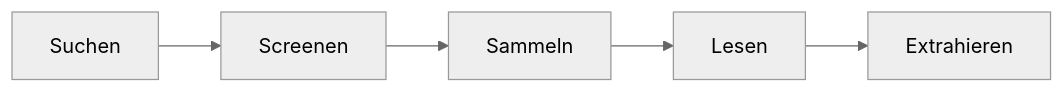
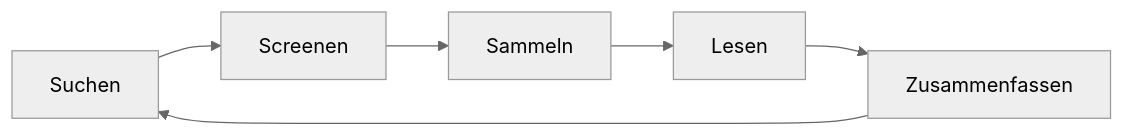
One commit to sebastiansauer/fopra changed the fourth of 7 diagrams in 020-themawahl.qmd. Above: the diagram before and after it, drawn with Mermaid (neutral theme). The commit also changed other lines of this file and 8 other files, not shown here.

````diff
--- a/020-themawahl.qmd
+++ b/020-themawahl.qmd
@@ -244,6 +252,6 @@
 ```{mermaid}
 %%| fig-cap: Der Ablauf der Literaturrecherche
 %%| label: fig-litsearch
 flowchart LR
-Suchen-->Screenen-->Sammeln-->Lesen-->Extrahieren
+Suchen-->Screenen-->Sammeln-->Lesen-->Zusammenfassen-->Suchen
 ```
````
